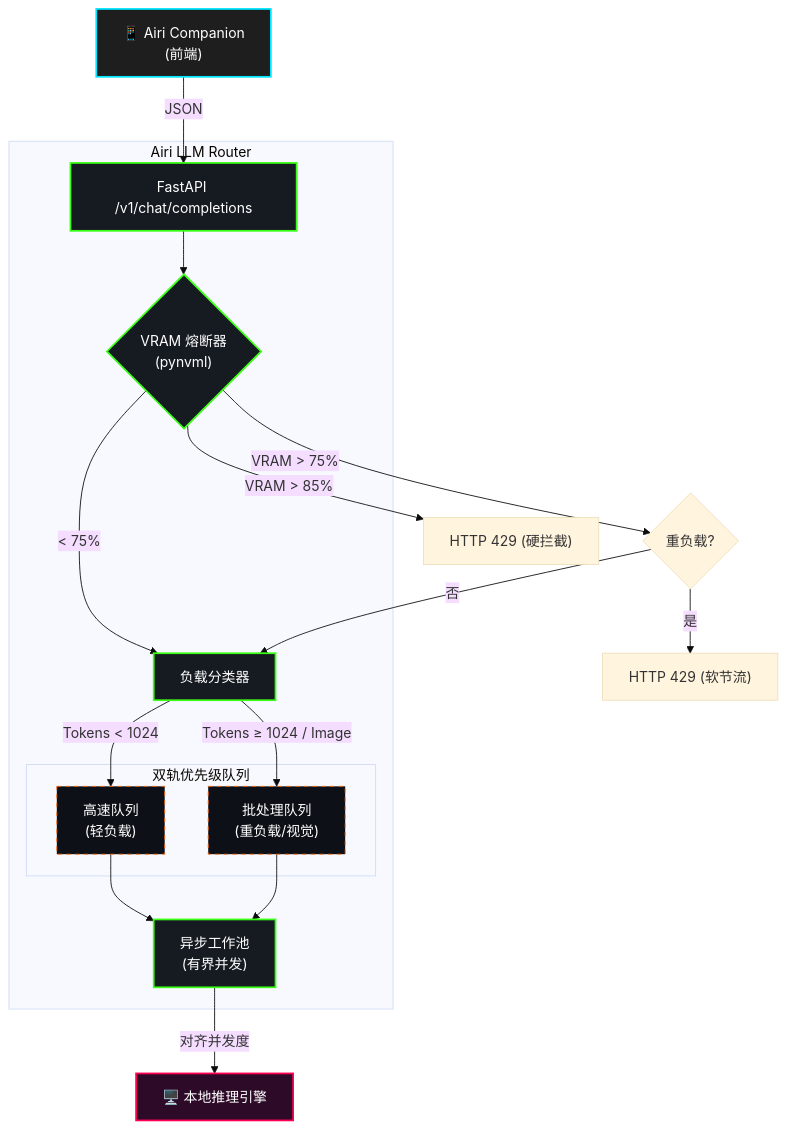
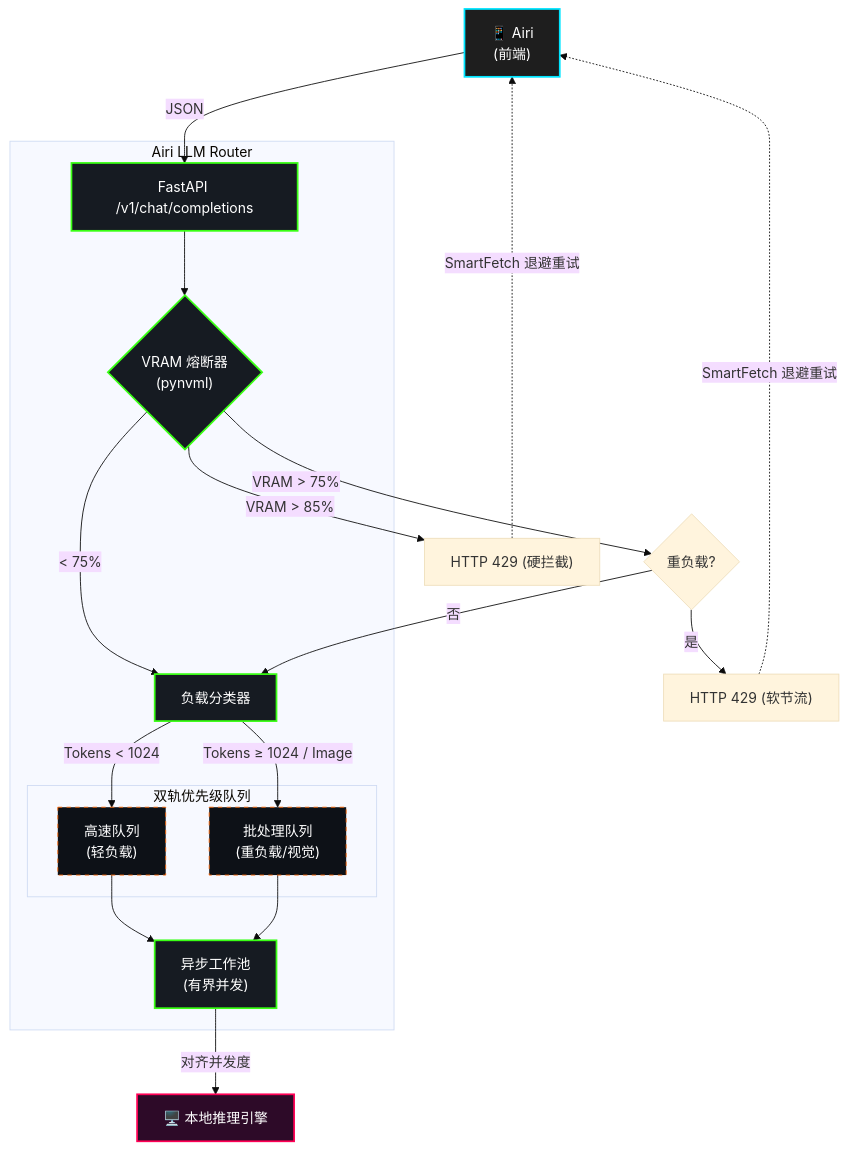
One commit to esonhjz/airi-llm-router changed the diagram in README_zh.md. Above: the diagram before and after it, drawn with Mermaid (base theme). The commit also changed other lines of this file and 6 other files, not shown here.

````diff
--- a/README_zh.md
+++ b/README_zh.md
@@ -13,40 +13,43 @@
 ```mermaid
 graph TD
     classDef client fill:#1e1e1e,stroke:#00e5ff,stroke-width:2px,color:#fff;
     classDef gateway fill:#161b22,stroke:#39ff14,stroke-width:2px,color:#fff;
     classDef engine fill:#2d0a28,stroke:#ff0055,stroke-width:2px,color:#fff;
     classDef queue fill:#0d1117,stroke:#ff6600,stroke-width:1px,stroke-dasharray: 5 5,color:#fff;
 
-    Client["📱 Airi Companion<br>(前端)"]:::client
+    Client["📱 Airi<br>(前端)"]:::client
     
     subgraph "Airi LLM Router"
         API["FastAPI /v1/chat/completions"]:::gateway
         Monitor{"VRAM 熔断器<br>(pynvml)"}:::gateway
         Classifier["负载分类器"]:::gateway
         
         subgraph "双轨优先级队列"
             Q_Fast["高速队列<br>(轻负载)"]:::queue
             Q_Batch["批处理队列<br>(重负载/视觉)"]:::queue
         end
         
         Workers["异步工作池<br>(有界并发)"]:::gateway
     end
 
     GPU["🖥️ 本地推理引擎"]:::engine
 
     Client -->|JSON| API
     API --> Monitor
     Monitor -- "VRAM > 85%" --> Drop["HTTP 429 (硬拦截)"]
     Monitor -- "VRAM > 75%" --> Throttle{"重负载?"}
     Throttle -- "是" --> Drop2["HTTP 429 (软节流)"]
     
+    Drop -. "SmartFetch 退避重试" .-> Client
+    Drop2 -. "SmartFetch 退避重试" .-> Client
+    
     Monitor -- "< 75%" --> Classifier
     Throttle -- "否" --> Classifier
     
     Classifier -- "Tokens < 1024" --> Q_Fast
     Classifier -- "Tokens ≥ 1024 / Image" --> Q_Batch
     
     Q_Fast --> Workers
     Q_Batch --> Workers
     Workers -->|对齐并发度| GPU
 ```
````
